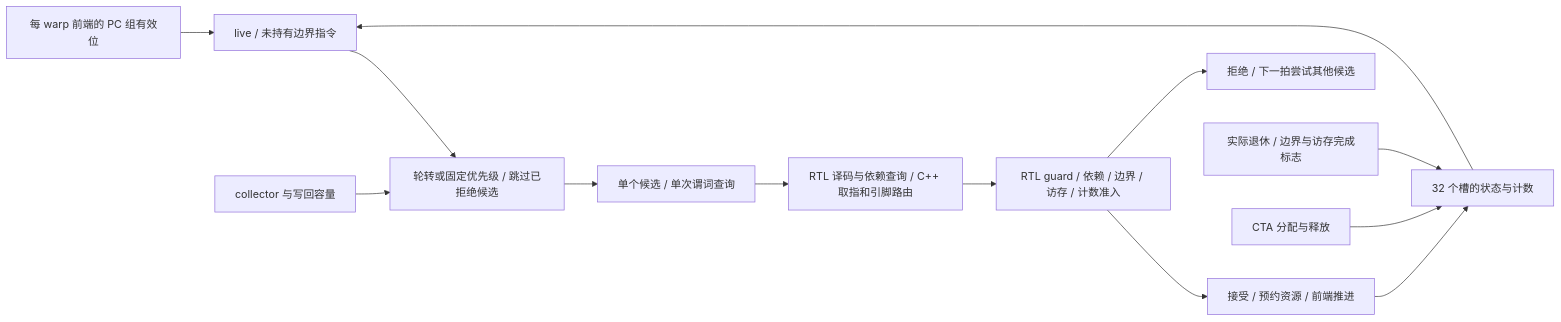
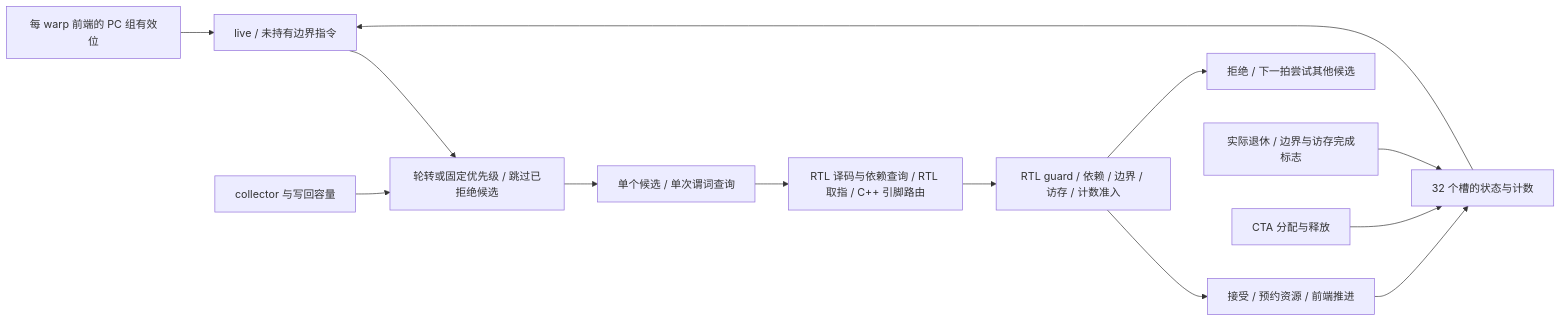
Before and after one commit to zdshq/simt-lab: the diagram in docs/RTL_WARP_SCHEDULER.md, drawn with Mermaid. The commit also changed other lines of this file and 32 other files, not shown here.

````diff
--- a/docs/RTL_WARP_SCHEDULER.md
+++ b/docs/RTL_WARP_SCHEDULER.md
@@ -24,15 +24,15 @@
 ```mermaid
 flowchart LR
     F[每 warp 前端的 PC 组有效位] --> E[live / 未持有边界指令]
     S[32 个槽的状态与计数] --> E
     E --> R[轮转或固定优先级 / 跳过已拒绝候选]
     R --> P[单个候选 / 单次谓词查询]
-    P --> D[RTL 译码与依赖查询 / C++ 取指和引脚路由]
+    P --> D[RTL 译码与依赖查询 / RTL 取指 / C++ 引脚路由]
     D --> A[RTL guard / 依赖 / 边界 / 访存 / 计数准入]
     C[collector 与写回容量] --> R
     A --> I[接受 / 预约资源 / 前端推进]
     A --> X[拒绝 / 下一拍尝试其他候选]
     I --> S
     W[实际退休 / 边界与访存完成标志] --> S
     L[CTA 分配与释放] --> S
 ```
````
